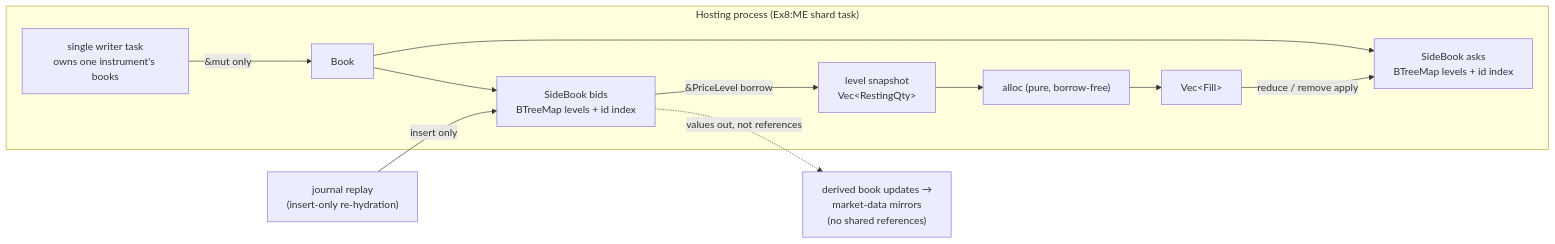
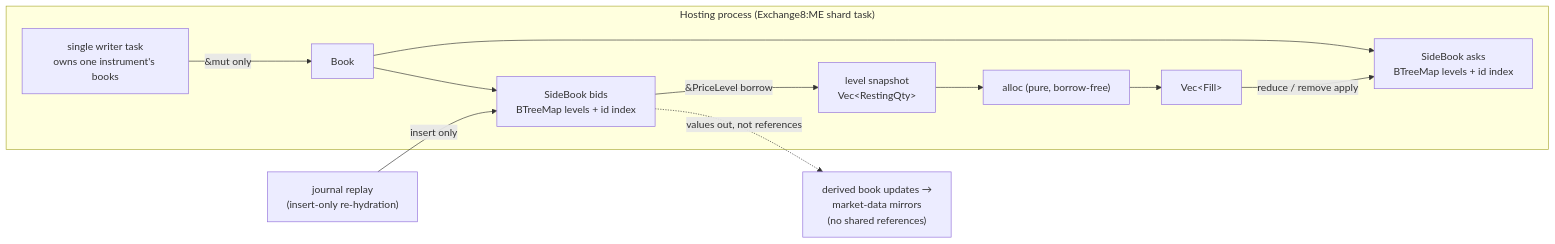
The sixth of 7 diagrams in crates/book/DESIGN.md (Exchange8-dev/exchange8-sdk), drawn with Mermaid before and after one commit. The commit also changed other lines of this file and 29 other files, not shown here.

````diff
--- a/crates/book/DESIGN.md
+++ b/crates/book/DESIGN.md
@@ -430,24 +430,24 @@
 ```mermaid
 graph LR
-    subgraph Host["Hosting process (Ex8:ME shard task)"]
+    subgraph Host["Hosting process (Exchange8:ME shard task)"]
         W["single writer task<br/>owns one instrument's books"]
         B["Book"]
         SB1["SideBook bids<br/>BTreeMap levels + id index"]
         SB2["SideBook asks<br/>BTreeMap levels + id index"]
         ALLOC["alloc (pure, borrow-free)"]
         SNAP["level snapshot<br/>Vec&lt;RestingQty&gt;"]
         FILLS["Vec&lt;Fill&gt;"]
     end
     MDUPD["derived book updates →<br/>market-data mirrors<br/>(no shared references)"]
     JRN["journal replay<br/>(insert-only re-hydration)"]
 
     W -->|"&amp;mut only"| B
     B --> SB1
     B --> SB2
     SB1 -->|"&amp;PriceLevel borrow"| SNAP
     SNAP --> ALLOC
     ALLOC --> FILLS
     FILLS -->|"reduce / remove apply"| SB2
     SB1 -.->|"values out, not references"| MDUPD
     JRN -->|"insert only"| SB1
 ```
````
